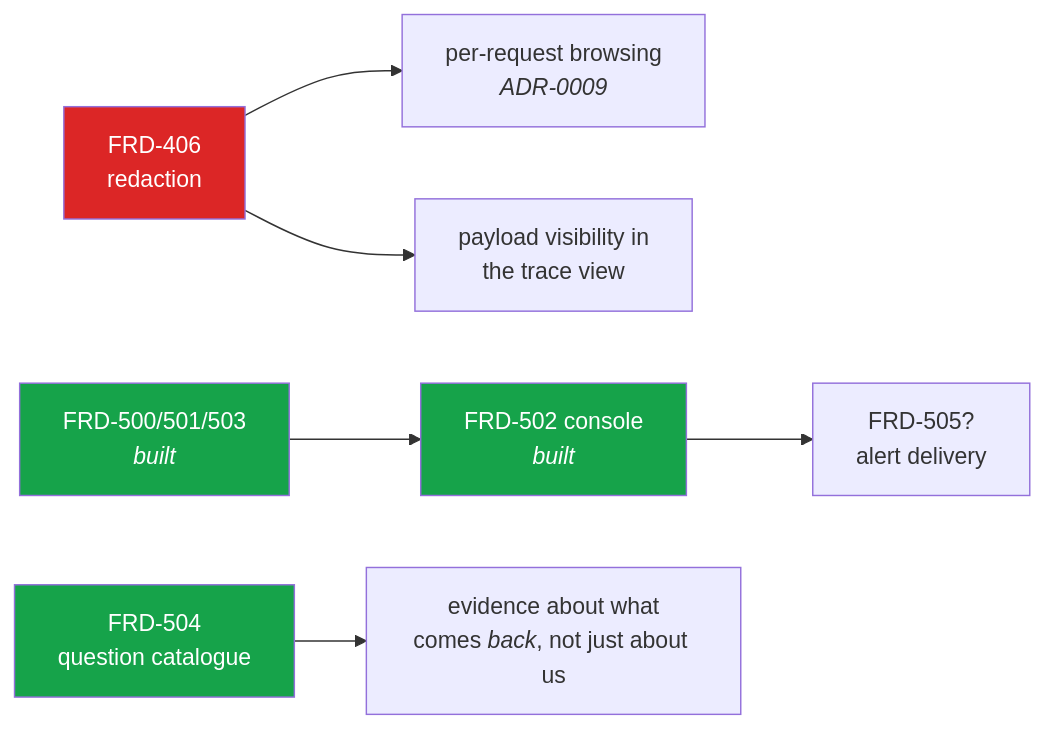
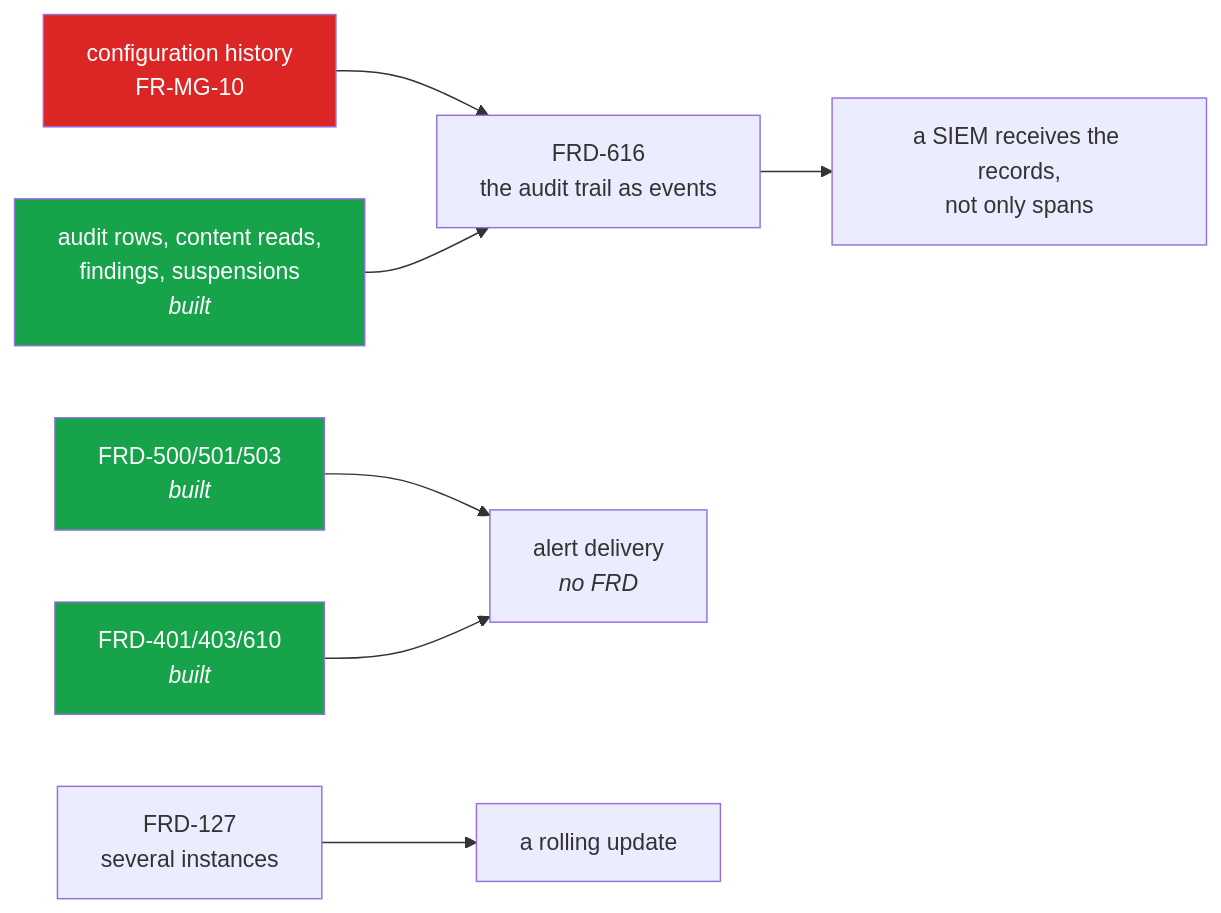
Before and after one commit to InigoImago/AIRA-Gateway: the diagram in docs/GAP-ANALYSIS.md, drawn with Mermaid. The commit also changed other lines of this file and 179 other files, not shown here.

````diff
--- a/docs/GAP-ANALYSIS.md
+++ b/docs/GAP-ANALYSIS.md
@@ -271,13 +304,14 @@
 ```mermaid
 graph LR
-    r["FRD-406<br/>redaction"] --> browse["per-request browsing<br/><i>ADR-0009</i>"]
-    r --> payload["payload visibility in<br/>the trace view"]
-    detect["FRD-500/501/503<br/><i>built</i>"] --> console["FRD-502 console<br/><i>built</i>"]
-    console --> deliver["FRD-505?<br/>alert delivery"]
-    smoke["FRD-504<br/>question catalogue"] --> evidence["evidence about what<br/>comes <i>back</i>, not just about us"]
+    history["configuration history<br/>FR-MG-10"] --> stream["FRD-616<br/>the audit trail as events"]
+    rows["audit rows, content reads,<br/>findings, suspensions<br/><i>built</i>"] --> stream
+    stream --> siem["a SIEM receives the records,<br/>not only spans"]
+    findings["FRD-500/501/503<br/><i>built</i>"] --> deliver["alert delivery<br/><i>no FRD</i>"]
+    budgets["FRD-401/403/610<br/><i>built</i>"] --> deliver
+    fleet["FRD-127<br/>several instances"] --> rolling["a rolling update"]
 
-    style r fill:#dc2626,color:#fff
-    style console fill:#16a34a,color:#fff
-    style detect fill:#16a34a,color:#fff
-    style smoke fill:#16a34a,color:#fff
+    style history fill:#dc2626,color:#fff
+    style rows fill:#16a34a,color:#fff
+    style findings fill:#16a34a,color:#fff
+    style budgets fill:#16a34a,color:#fff
 ```
````
